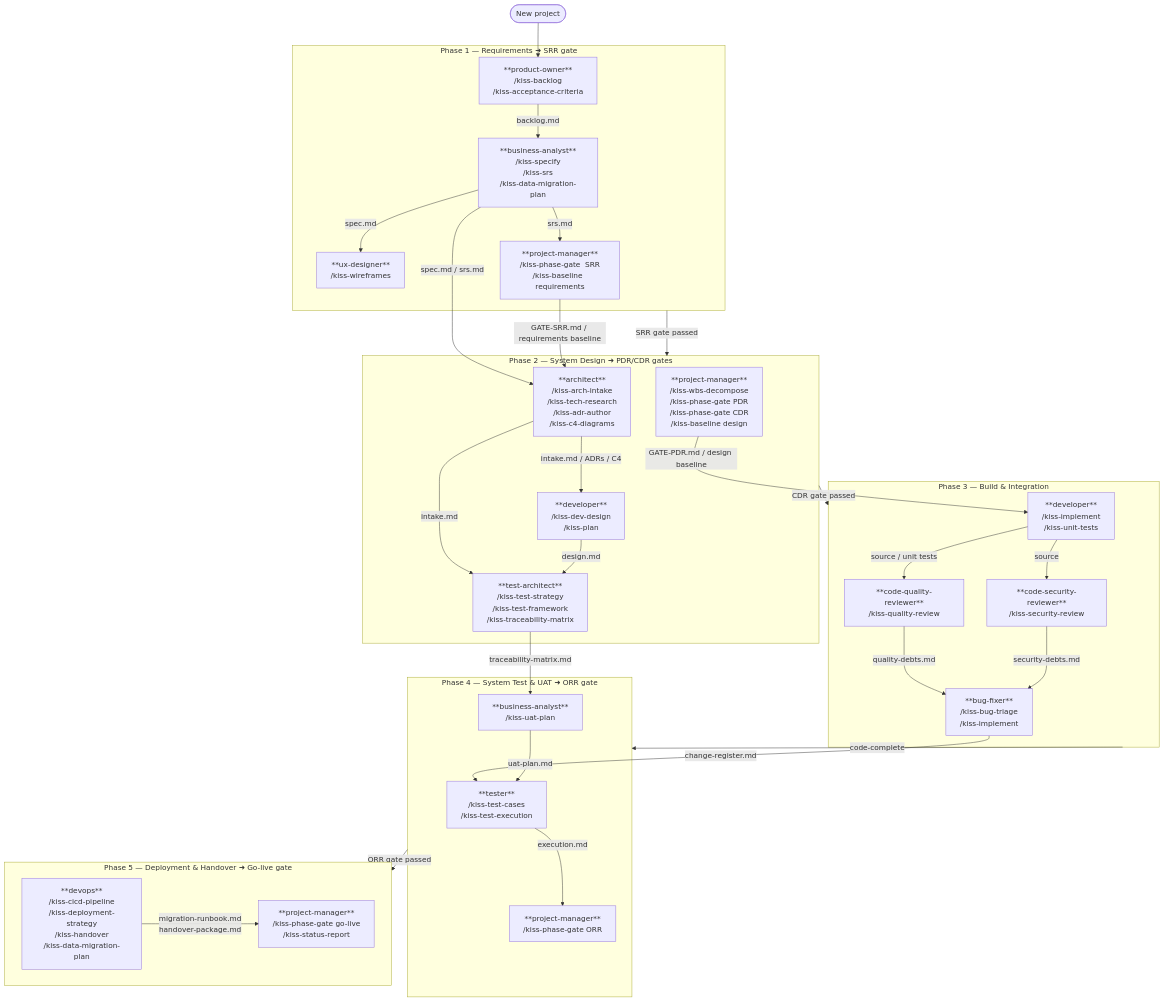
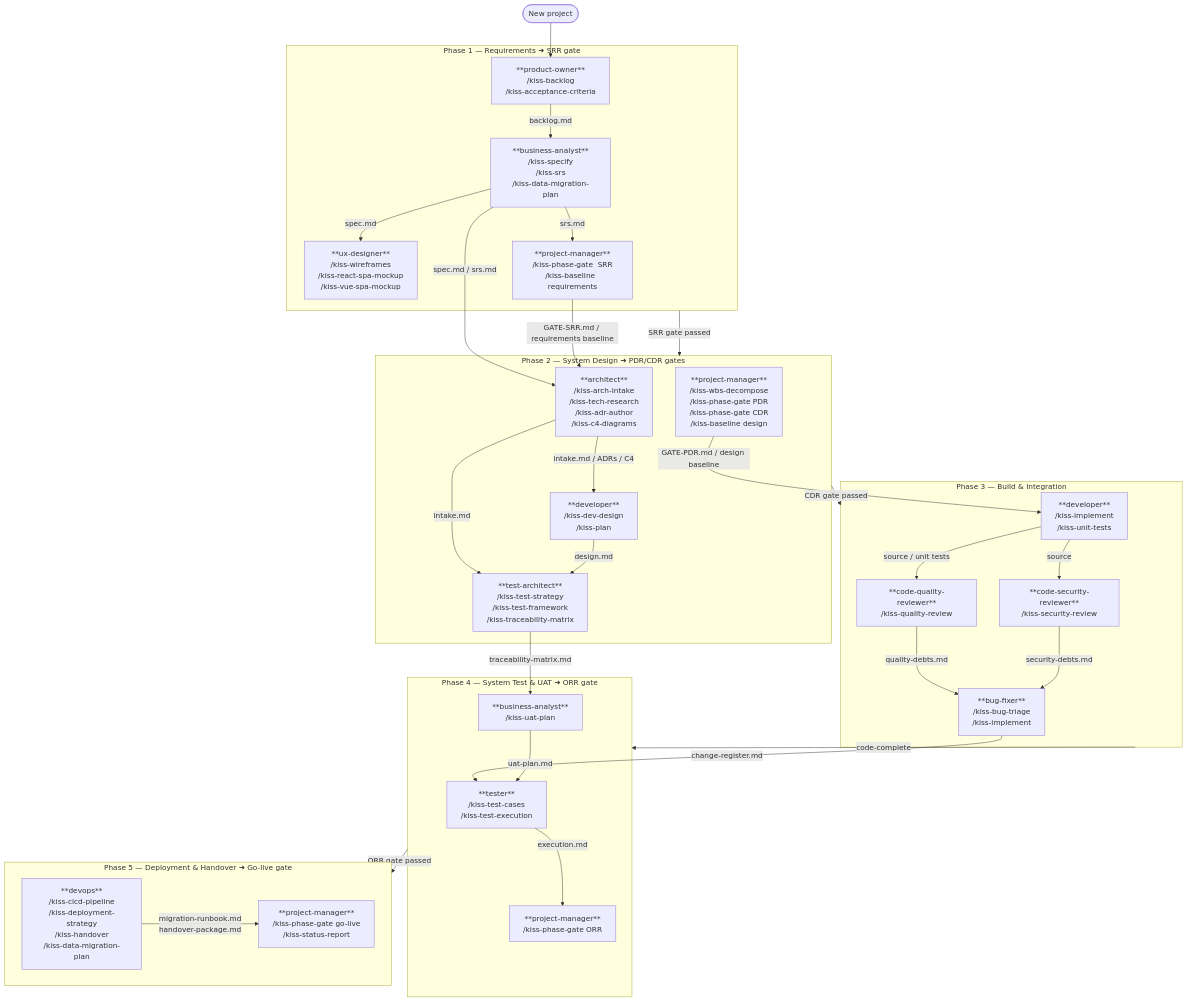
Before and after one commit to DauQuangThanh/kiss-u: the fourth of 6 diagrams in docs/subagent-user-guide.md, drawn with Mermaid. The commit also changed other lines of this file and 10 other files, not shown here.

````diff
--- a/docs/subagent-user-guide.md
+++ b/docs/subagent-user-guide.md
@@ -206,66 +206,66 @@
 ```mermaid
 flowchart TD
     START([New project])
 
     subgraph SRR["Phase 1 — Requirements  ➜  SRR gate"]
         BA1["**business-analyst**\n/kiss-specify\n/kiss-srs\n/kiss-data-migration-plan"]
         PO1["**product-owner**\n/kiss-backlog\n/kiss-acceptance-criteria"]
-        UX1["**ux-designer**\n/kiss-wireframes"]
+        UX1["**ux-designer**\n/kiss-wireframes\n/kiss-react-spa-mockup\n/kiss-vue-spa-mockup"]
         PM_SRR["**project-manager**\n/kiss-phase-gate  SRR\n/kiss-baseline  requirements"]
     end
 
     subgraph PDR["Phase 2 — System Design  ➜  PDR/CDR gates"]
         ARCH1["**architect**\n/kiss-arch-intake\n/kiss-tech-research\n/kiss-adr-author\n/kiss-c4-diagrams"]
         DEV1["**developer**\n/kiss-dev-design\n/kiss-plan"]
         TA1["**test-architect**\n/kiss-test-strategy\n/kiss-test-framework\n/kiss-traceability-matrix"]
         PM_PDR["**project-manager**\n/kiss-wbs-decompose\n/kiss-phase-gate  PDR\n/kiss-phase-gate  CDR\n/kiss-baseline  design"]
     end
 
     subgraph BUILD["Phase 3 — Build & Integration"]
         DEV2["**developer**\n/kiss-implement\n/kiss-unit-tests"]
         QR1["**code-quality-reviewer**\n/kiss-quality-review"]
         SR1["**code-security-reviewer**\n/kiss-security-review"]
         BF1["**bug-fixer**\n/kiss-bug-triage\n/kiss-implement"]
     end
 
     subgraph TEST_PHASE["Phase 4 — System Test & UAT  ➜  ORR gate"]
         TEST1["**tester**\n/kiss-test-cases\n/kiss-test-execution"]
         BA2["**business-analyst**\n/kiss-uat-plan"]
         PM_ORR["**project-manager**\n/kiss-phase-gate  ORR"]
     end
 
     subgraph DEPLOY["Phase 5 — Deployment & Handover  ➜  Go-live gate"]
         DO1["**devops**\n/kiss-cicd-pipeline\n/kiss-deployment-strategy\n/kiss-handover\n/kiss-data-migration-plan"]
         PM_GL["**project-manager**\n/kiss-phase-gate  go-live\n/kiss-status-report"]
     end
 
     START --> PO1
     PO1 -->|"backlog.md"| BA1
     BA1 -->|"spec.md / srs.md"| ARCH1
     BA1 -->|"spec.md"| UX1
     BA1 -->|"srs.md"| PM_SRR
 
     PM_SRR -->|"GATE-SRR.md / requirements baseline"| ARCH1
 
     ARCH1 -->|"intake.md / ADRs / C4"| DEV1
     ARCH1 -->|"intake.md"| TA1
     DEV1 -->|"design.md"| TA1
     TA1 -->|"traceability-matrix.md"| BA2
     PM_PDR -->|"GATE-PDR.md / design baseline"| DEV2
 
     DEV2 -->|"source / unit tests"| QR1
     DEV2 -->|"source"| SR1
     QR1 -->|"quality-debts.md"| BF1
     SR1 -->|"security-debts.md"| BF1
     BF1 -->|"change-register.md"| TEST1
 
     BA2 -->|"uat-plan.md"| TEST1
     TEST1 -->|"execution.md"| PM_ORR
 
     DO1 -->|"migration-runbook.md\nhandover-package.md"| PM_GL
 
     SRR -->|"SRR gate passed"| PDR
     PDR -->|"CDR gate passed"| BUILD
     BUILD -->|"code-complete"| TEST_PHASE
     TEST_PHASE -->|"ORR gate passed"| DEPLOY
 ```
````
